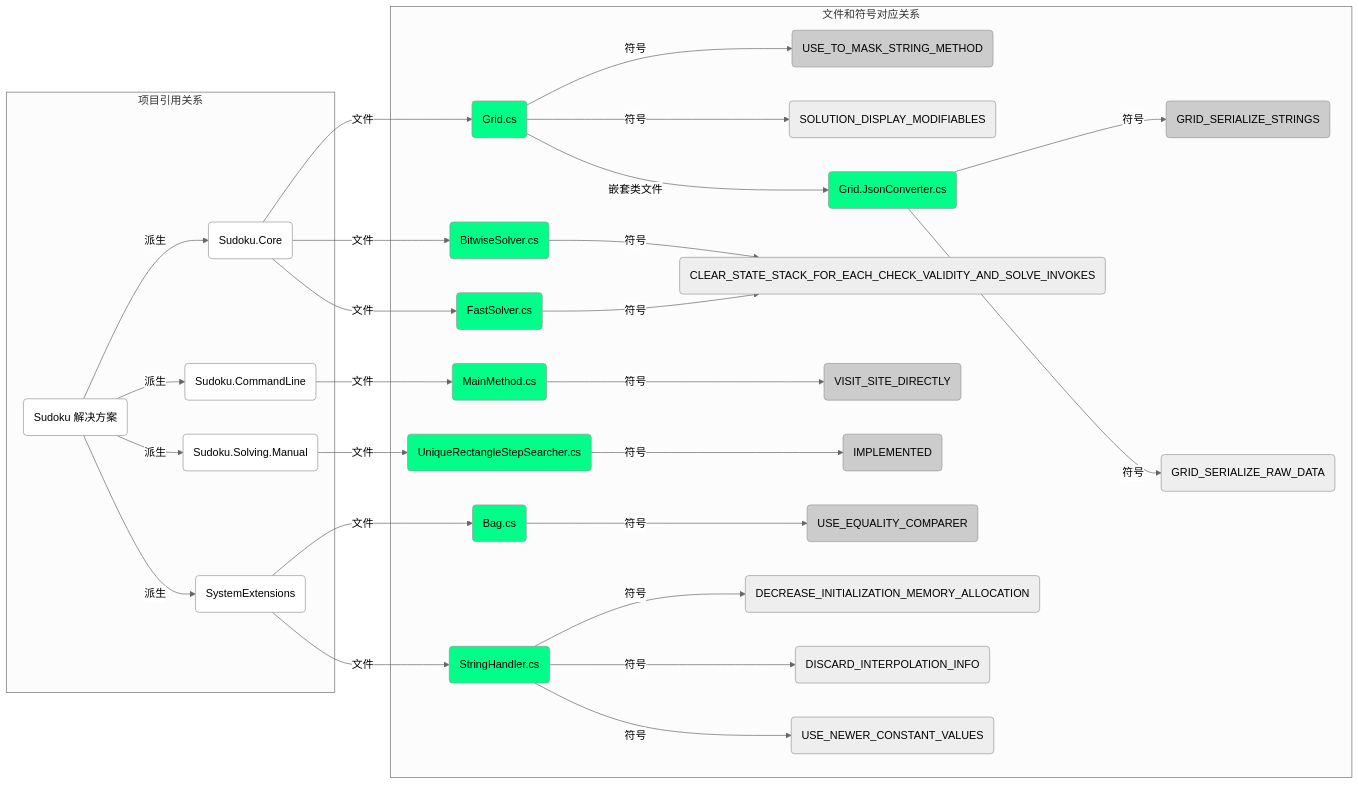
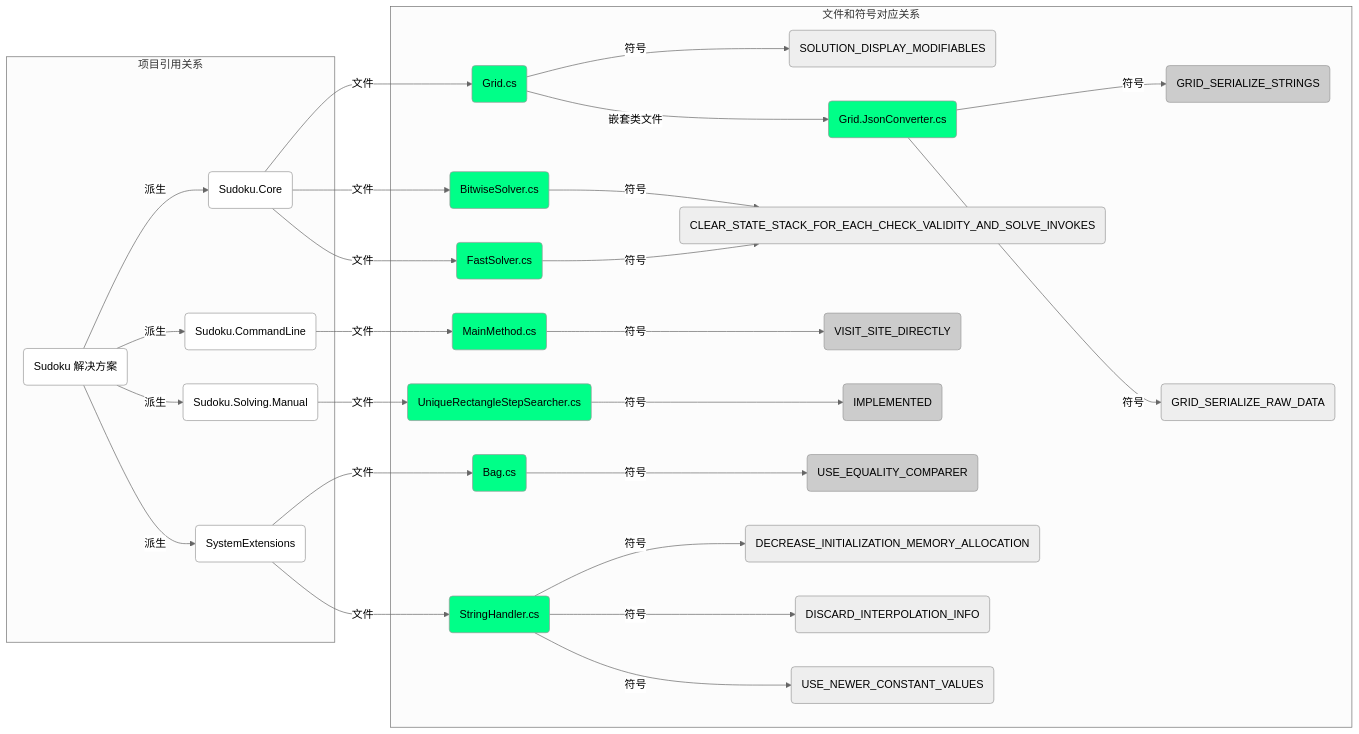
One commit to KyouyamaKazusa0805/Sudoku changed the diagram in docs/compilation-symbols.md. Above: the diagram before and after it, drawn with Mermaid (neutral theme). The commit also changed other lines of this file and 14 other files, not shown here.

````diff
--- a/docs/compilation-symbols.md
+++ b/docs/compilation-symbols.md
@@ -23,70 +22,68 @@
 ```mermaid
 graph LR
     subgraph 项目引用关系
         Z(Sudoku 解决方案) -->|派生| P1(Sudoku.Core)
         Z -->|派生| P3(Sudoku.CommandLine)
         Z -->|派生| P4(Sudoku.Solving.Manual)
         Z -->|派生| P2(SystemExtensions)
         style Z fill:#FFF
         click Z "https://github.com/SunnieShine/Sudoku" _blank
         click P1 "https://github.com/SunnieShine/Sudoku/tree/main/src/Sudoku.Core" _blank
         click P2 "https://github.com/SunnieShine/Sudoku/tree/main/src/System" _blank
         click P3 "https://github.com/SunnieShine/Sudoku/tree/main/src/Sudoku.CommandLine" _blank
         click P4 "https://github.com/SunnieShine/Sudoku/tree/main/src/Sudoku.Solving.Manual" _blank
     end
 
     subgraph 文件和符号对应关系
         P1 -->|文件| A(Grid.cs)
         P1 -->|文件| D(BitwiseSolver.cs)
         P1 -->|文件| E(FastSolver.cs)
         P2 -->|文件| C(Bag.cs)
         P2 -->|文件| G(StringHandler.cs)
         P3 -->|文件| F(MainMethod.cs)
         P4 -->|文件| H(UniqueRectangleStepSearcher.cs)
         style P1 fill:#FFF
         style P2 fill:#FFF
         style P3 fill:#FFF
         style P4 fill:#FFF
         style A fill:#0F8
         style B fill:#0F8
         style C fill:#0F8
         style D fill:#0F8
         style E fill:#0F8
         style F fill:#0F8
         style G fill:#0F8
         style H fill:#0F8
         click A "https://github.com/SunnieShine/Sudoku/blob/main/src/Sudoku.Core/Collections/Grid.cs" _blank
         click C "https://github.com/SunnieShine/Sudoku/blob/main/src/System/Collections/Generic/Bag.cs" _blank
         click D "https://github.com/SunnieShine/Sudoku/blob/main/src/Sudoku.Core/Solving/BitwiseSolver.cs" _blank
         click E "https://github.com/SunnieShine/Sudoku/blob/main/src/Sudoku.Solving/Solving/BruteForces/FastSolver.cs" _blank
         click F "https://github.com/SunnieShine/Sudoku/tree/main/src/Sudoku.CommandLine/MainMethod.cs" _blank
         click G "https://github.com/SunnieShine/Sudoku/blob/main/src/System/Text/StringHandler.cs" _blank
         click H "https://github.com/SunnieShine/Sudoku/blob/main/src/Sudoku.Solving/Solving/Manual/Searchers/DeadlyPatterns/Rectangles/UniqueRectangleStepSearcher.cs" _blank
 
-        A -->|符号| S1(USE_TO_MASK_STRING_METHOD)
         A -->|符号| S2(SOLUTION_DISPLAY_MODIFIABLES)
         A -->|嵌套类文件| B(Grid.JsonConverter.cs)
         B -->|符号| S3(GRID_SERIALIZE_STRINGS)
         B -->|符号| S4(GRID_SERIALIZE_RAW_DATA)
         C -->|符号| S5(USE_EQUALITY_COMPARER)
         D -->|符号| S6(CLEAR_STATE_STACK_FOR_EACH_CHECK_VALIDITY_AND_SOLVE_INVOKES)
         E -->|符号| S6
         F -->|符号| S7(VISIT_SITE_DIRECTLY)
         G -->|符号| S8(DECREASE_INITIALIZATION_MEMORY_ALLOCATION)
         G -->|符号| S9(DISCARD_INTERPOLATION_INFO)
         G -->|符号| S10(USE_NEWER_CONSTANT_VALUES)
         H -->|符号| S11(IMPLEMENTED)
-        style S1 fill:#CCC
         style S2 fill:#EEE
         style S3 fill:#CCC
         style S4 fill:#EEE
         style S5 fill:#CCC
         style S6 fill:#EEE
         style S7 fill:#CCC
         style S8 fill:#EEE
         style S9 fill:#EEE
         style S10 fill:#EEE
         style S11 fill:#CCC
         click B "https://github.com/SunnieShine/Sudoku/blob/main/src/Sudoku.Core/Collections/Grid.JsonConverter.cs" _blank
     end
 ```
````
